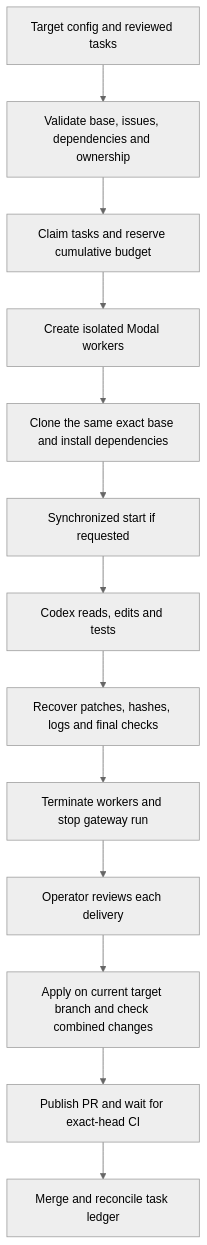
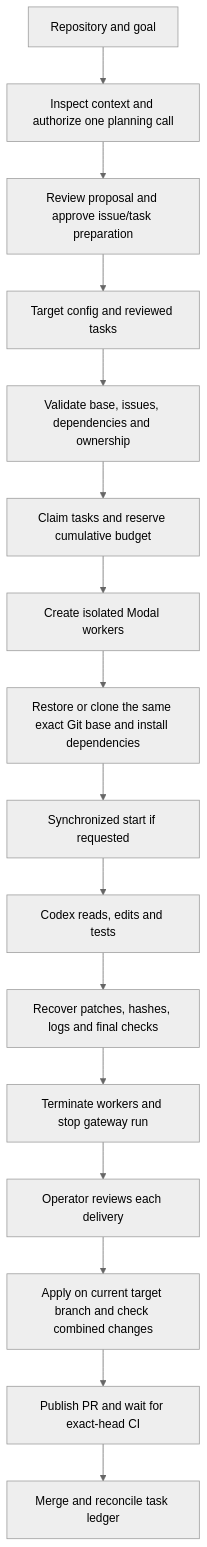
One commit to slgarza/swarm-control changed the diagram in docs/ARCHITECTURE.md. Above: the diagram before and after it, drawn with Mermaid (neutral theme). The commit also changed other lines of this file and 35 other files, not shown here.

````diff
--- a/docs/ARCHITECTURE.md
+++ b/docs/ARCHITECTURE.md
@@ -28,15 +29,18 @@
 ```mermaid
 flowchart TD
+    P[Repository and goal] --> Q[Inspect context and authorize one planning call]
+    Q --> R[Review proposal and approve issue/task preparation]
+    R --> A
     A[Target config and reviewed tasks] --> B[Validate base, issues, dependencies and ownership]
     B --> C[Claim tasks and reserve cumulative budget]
     C --> D[Create isolated Modal workers]
-    D --> E[Clone the same exact base and install dependencies]
+    D --> E[Restore or clone the same exact Git base and install dependencies]
     E --> F[Synchronized start if requested]
     F --> G[Codex reads, edits and tests]
     G --> H[Recover patches, hashes, logs and final checks]
     H --> I[Terminate workers and stop gateway run]
     I --> J[Operator reviews each delivery]
     J --> K[Apply on current target branch and check combined changes]
     K --> L[Publish PR and wait for exact-head CI]
     L --> M[Merge and reconcile task ledger]
 ```
````
